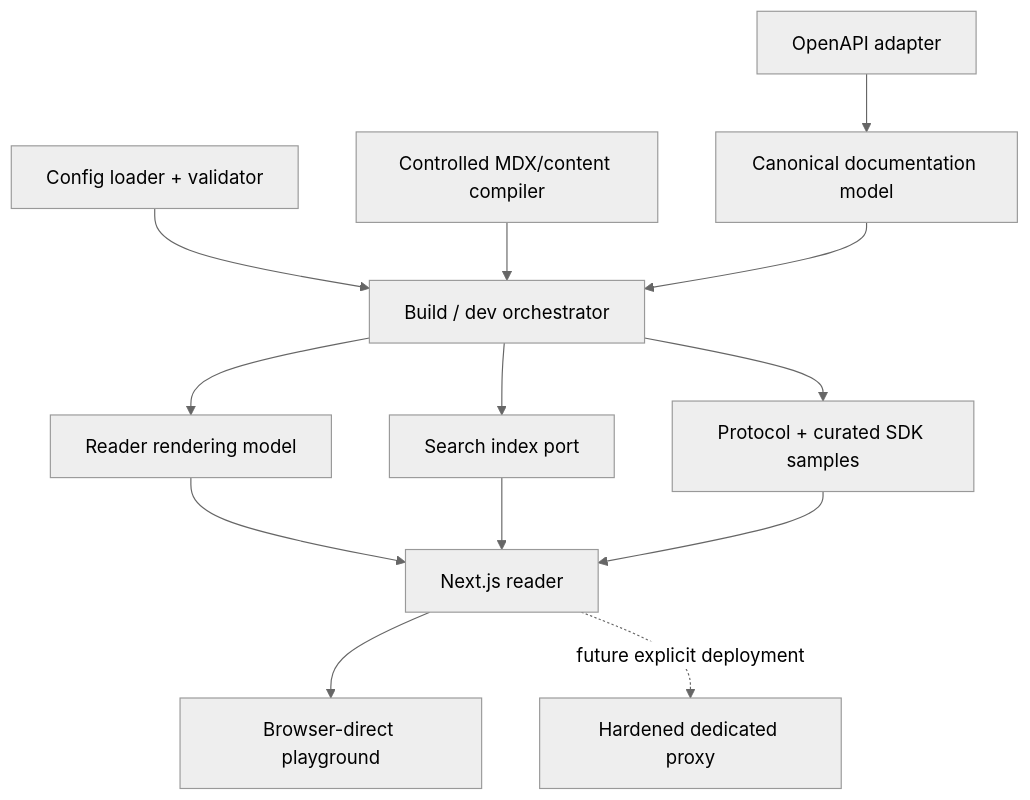
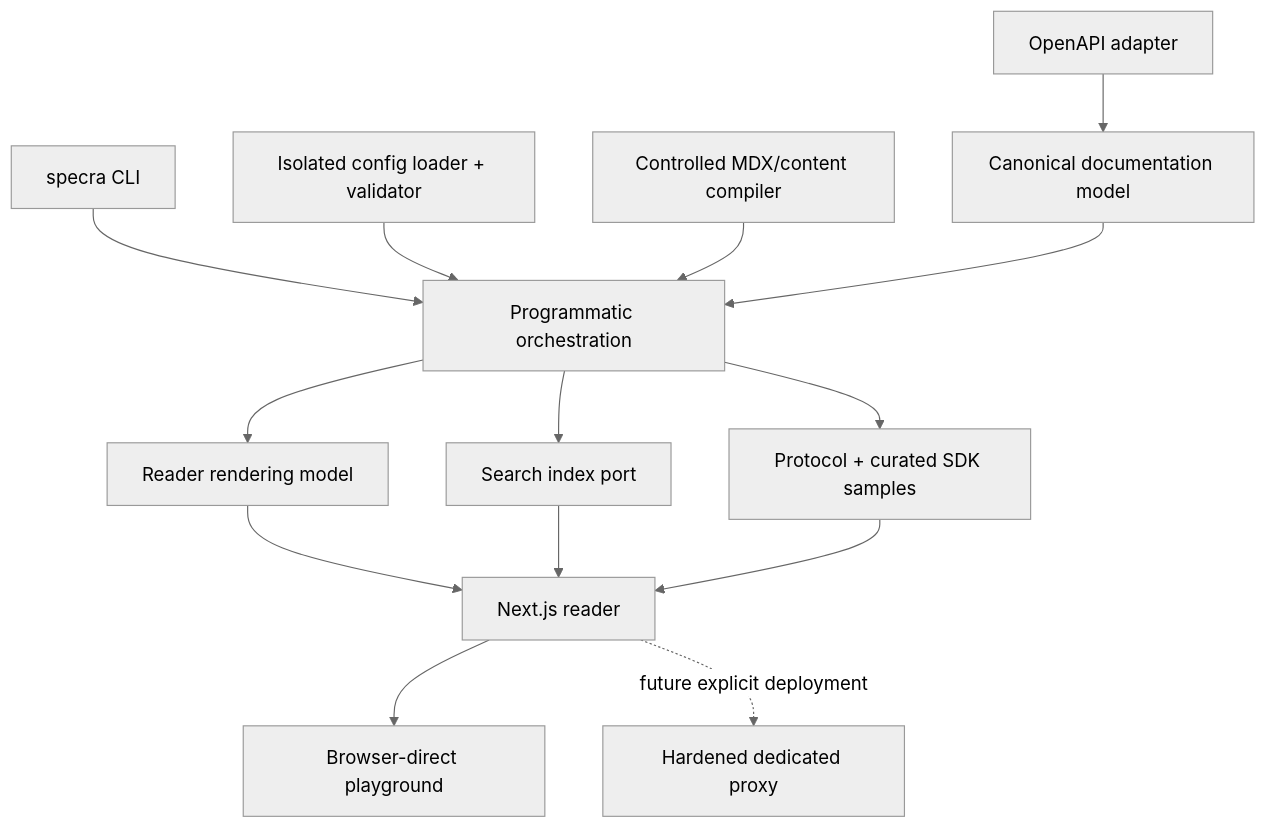
One commit to yannisyoussef/specistry changed the second of 5 diagrams in docs/architecture/README.md. Above: the diagram before and after it, drawn with Mermaid (neutral theme). The commit also changed other lines of this file and 8 other files, not shown here.

Commit message:
docs(cli): document SPEC-002 orchestration contract

````diff
--- a/docs/architecture/README.md
+++ b/docs/architecture/README.md
@@ -24,15 +24,16 @@
 ```mermaid
 flowchart TB
-  Config["Config loader + validator"] --> Orchestrator["Build / dev orchestrator"]
+  CLI["specra CLI"] --> Orchestrator["Programmatic orchestration"]
+  Config["Isolated config loader + validator"] --> Orchestrator
   Content["Controlled MDX/content compiler"] --> Orchestrator
   OpenAPI["OpenAPI adapter"] --> Model["Canonical documentation model"]
   Model --> Orchestrator
   Orchestrator --> Render["Reader rendering model"]
   Orchestrator --> Search["Search index port"]
   Orchestrator --> Snippets["Protocol + curated SDK samples"]
   Render --> Web["Next.js reader"]
   Search --> Web
   Snippets --> Web
   Web --> BrowserPlay["Browser-direct playground"]
   Web -. "future explicit deployment" .-> Proxy["Hardened dedicated proxy"]
 ```
````
